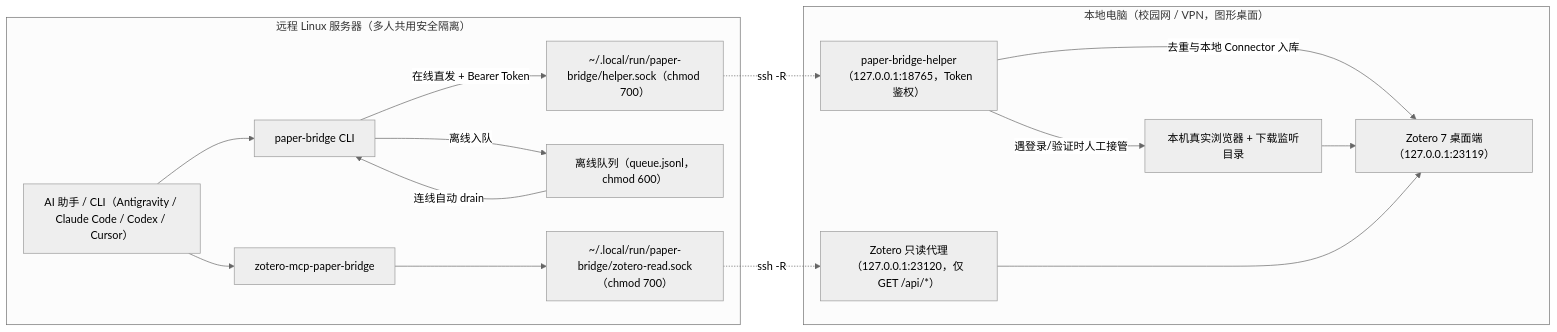
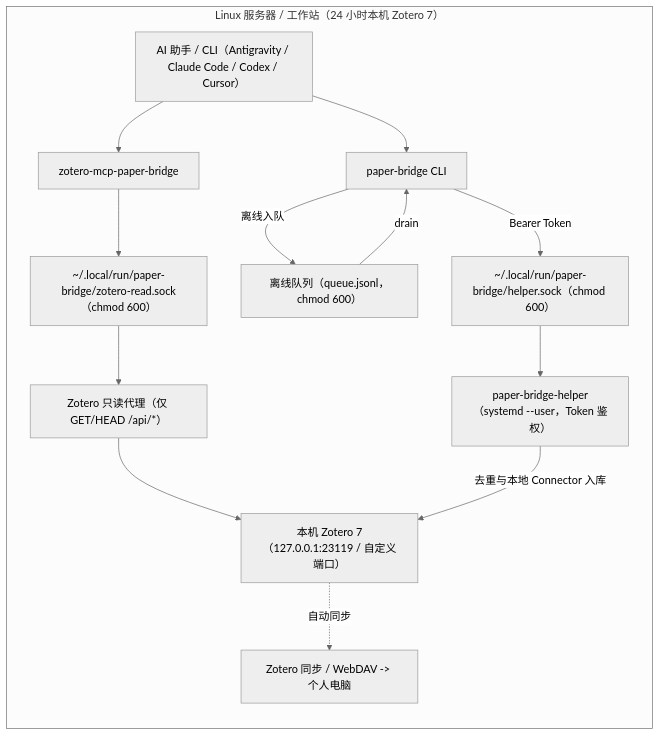
One commit to yss-off/zotero-paper-bridge changed the diagram in README.zh-CN.md. Above: the diagram before and after it, drawn with Mermaid (neutral theme). The commit also changed other lines of this file and 50 other files, not shown here.

First line of the commit message:
Switch to server-local Zotero mode and remove reverse-SSH/Windows client

````diff
--- a/README.zh-CN.md
+++ b/README.zh-CN.md
@@ -42,30 +36,22 @@
 ```mermaid
 flowchart LR
-    subgraph Server["远程 Linux 服务器（多人共用安全隔离）"]
+    subgraph Host["Linux 服务器 / 工作站（24 小时本机 Zotero 7）"]
         Agent["AI 助手 / CLI（Antigravity / Claude Code / Codex / Cursor）"]
         CLI["paper-bridge CLI"]
         Queue["离线队列（queue.jsonl，chmod 600）"]
         MCP["zotero-mcp-paper-bridge"]
-        HSock["~/.local/run/paper-bridge/helper.sock（chmod 700）"]
-        ZSock["~/.local/run/paper-bridge/zotero-read.sock（chmod 700）"]
-    end
-
-    subgraph Client["本地电脑（校园网 / VPN，图形桌面）"]
-        Helper["paper-bridge-helper（127.0.0.1:18765，Token 鉴权）"]
-        ROProxy["Zotero 只读代理（127.0.0.1:23120，仅 GET /api/*）"]
-        Browser["本机真实浏览器 + 下载监听目录"]
-        Zotero["Zotero 7 桌面端（127.0.0.1:23119）"]
+        HSock["~/.local/run/paper-bridge/helper.sock（chmod 600）"]
+        ZSock["~/.local/run/paper-bridge/zotero-read.sock（chmod 600）"]
+        Helper["paper-bridge-helper（systemd --user，Token 鉴权）"]
+        ROProxy["Zotero 只读代理（仅 GET/HEAD /api/*）"]
+        Zotero["本机 Zotero 7（127.0.0.1:23119 / 自定义端口）"]
+        WebDAV["Zotero 同步 / WebDAV -> 个人电脑"]
     end
 
     Agent --> CLI
-    CLI -->|"在线直发 + Bearer Token"| HSock
-    CLI -->|"离线入队"| Queue
-    Queue -->|"连线自动 drain"| CLI
-    Agent --> MCP --> ZSock
-
-    HSock -. "ssh -R" .-> Helper
-    ZSock -. "ssh -R" .-> ROProxy --> Zotero
-
+    CLI -->|"Bearer Token"| HSock --> Helper
+    CLI -->|"离线入队"| Queue -->|"drain"| CLI
+    Agent --> MCP --> ZSock --> ROProxy --> Zotero
     Helper -->|"去重与本地 Connector 入库"| Zotero
-    Helper -->|"遇登录/验证时人工接管"| Browser --> Zotero
+    Zotero -. "自动同步" .-> WebDAV
 ```
````
